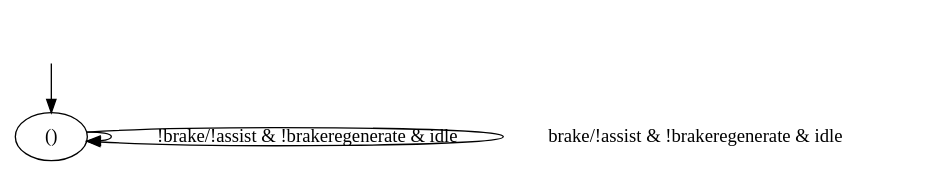
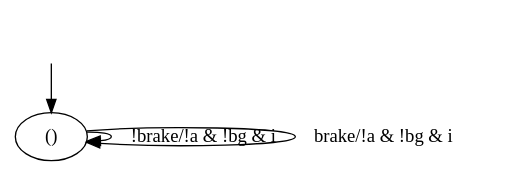
The diagram in examples/ElectricBike/TaskA.dot (mrudu/synth-learn), drawn with Graphviz before and after one commit. The commit also changed 18 other files, not shown here.

Commit message:
Modified examples to have more structured names, and added new example for generation of electric bike

```diff
--- a/examples/ElectricBike/TaskA.dot
+++ b/examples/ElectricBike/TaskA.dot
@@ -1,7 +1,7 @@
-digraph "examples/ElectricBikeExamples/TaskA" {
+digraph "examples/ElectricBike/TaskA" {
 "()" [label="()"];
-"()" -> "()"  [label="!brake/!assist & !brakeregenerate & idle"];
-"()" -> "()"  [label="brake/!assist & !brakeregenerate & idle"];
+"()" -> "()"  [label="!brake/!a & !bg & i"];
+"()" -> "()"  [label="brake/!a & !bg & i"];
 __start0 [label="", shape=none];
 __start0 -> "()"  [label=""];
 }
```
